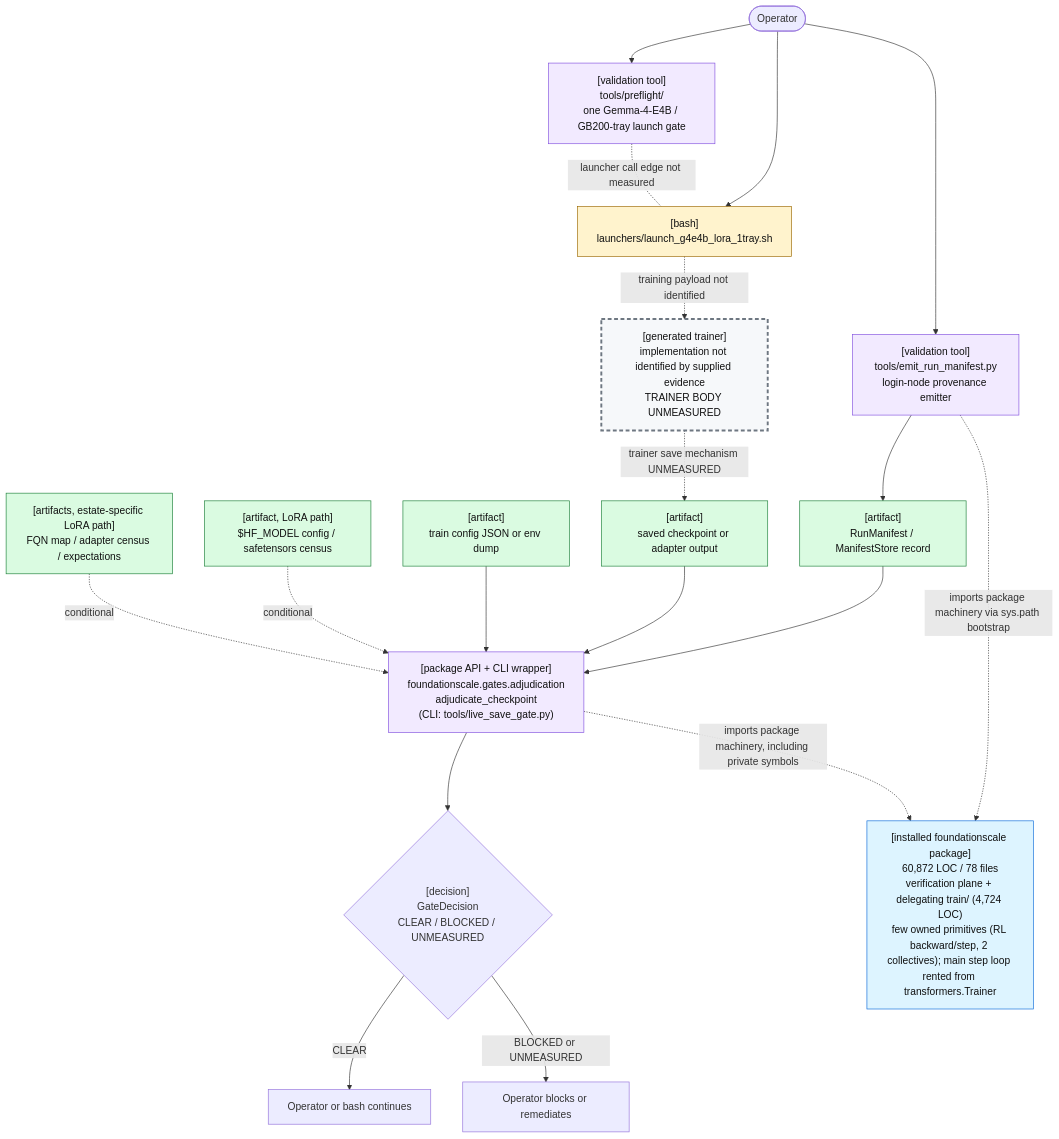
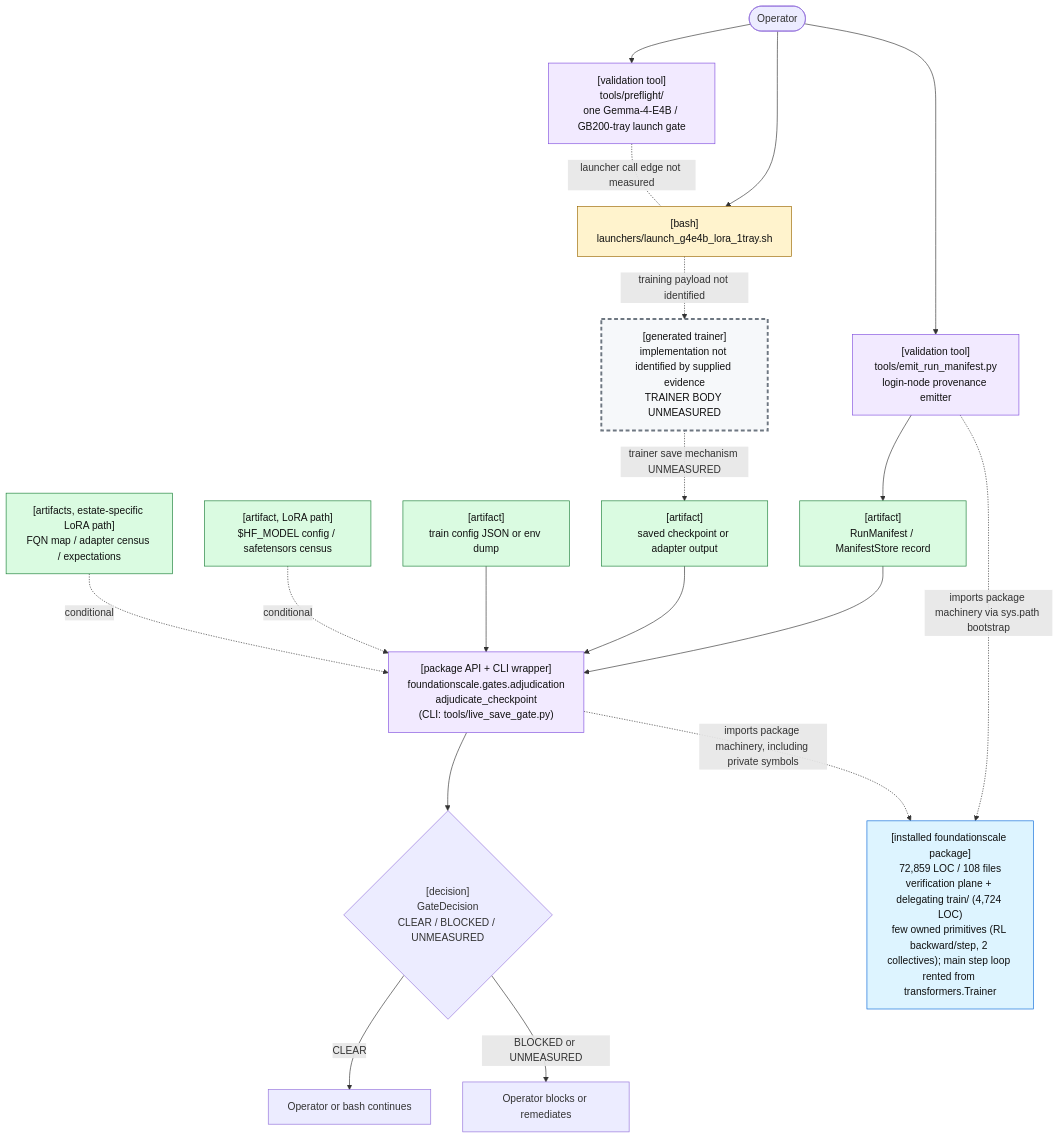
One commit to TranNhiem/FoundationScale changed the first of 2 diagrams in docs/review/D2_current_architecture.md. Above: the diagram before and after it, drawn with Mermaid. The commit also changed other lines of this file and 46 other files, not shown here.

````diff
--- a/docs/review/D2_current_architecture.md
+++ b/docs/review/D2_current_architecture.md
@@ -25,59 +25,59 @@
 ```mermaid
 flowchart TB
   O(["Operator"])
 
   PF["[validation tool]<br/>tools/preflight/<br/>one Gemma-4-E4B / GB200-tray launch gate"]
   L["[bash]<br/>launchers/launch_g4e4b_lora_1tray.sh"]
 
   E["[validation tool]<br/>tools/emit_run_manifest.py<br/>login-node provenance emitter"]
   M["[artifact]<br/>RunManifest / ManifestStore record"]
 
   T["[generated trainer]<br/>implementation not identified by supplied evidence<br/>TRAINER BODY UNMEASURED"]
   C["[artifact]<br/>saved checkpoint or adapter output"]
 
   G["[package API + CLI wrapper]<br/>foundationscale.gates.adjudication<br/>adjudicate_checkpoint<br/>(CLI: tools/live_save_gate.py)"]
   CFG["[artifact]<br/>train config JSON or env dump"]
   BASE["[artifact, LoRA path]<br/>$HF_MODEL config / safetensors census"]
   CEN["[artifacts, estate-specific LoRA path]<br/>FQN map / adapter census / expectations"]
 
   D{"[decision]<br/>GateDecision<br/>CLEAR / BLOCKED / UNMEASURED"}
   OK["Operator or bash continues"]
   NO["Operator blocks or remediates"]
 
-  PKG["[installed foundationscale package]<br/>60,872 LOC / 78 files<br/>verification plane + delegating train/ (4,724 LOC)<br/>few owned primitives (RL backward/step, 2 collectives); main step loop rented from transformers.Trainer"]
+  PKG["[installed foundationscale package]<br/>72,859 LOC / 108 files<br/>verification plane + delegating train/ (4,724 LOC)<br/>few owned primitives (RL backward/step, 2 collectives); main step loop rented from transformers.Trainer"]
 
   O --> PF
   O --> L
   PF -. "launcher call edge not measured" .- L
 
   O --> E
   E --> M
 
   L -. "training payload not identified" .-> T
   T -. "trainer save mechanism UNMEASURED" .-> C
 
   M --> G
   C --> G
   CFG --> G
   BASE -. "conditional" .-> G
   CEN -. "conditional" .-> G
 
   E -. "imports package machinery via sys.path bootstrap" .-> PKG
   G -. "imports package machinery, including private symbols" .-> PKG
 
   G --> D
   D -->|"CLEAR"| OK
   D -->|"BLOCKED or UNMEASURED"| NO
 
   classDef bash fill:#fff3cd,stroke:#9a6700,color:#111;
   classDef tool fill:#f2eaff,stroke:#8250df,color:#111;
   classDef artifact fill:#dafbe1,stroke:#1a7f37,color:#111;
   classDef gap fill:#f6f8fa,stroke:#6e7781,stroke-width:3px,stroke-dasharray: 6 4,color:#111;
   classDef pkg fill:#ddf4ff,stroke:#0969da,color:#111;
 
   class L bash;
   class PF,E,G tool;
   class M,C,CFG,BASE,CEN artifact;
   class T gap;
   class PKG pkg;
 ```
````
